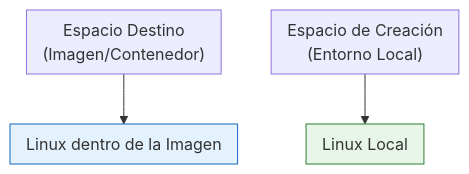
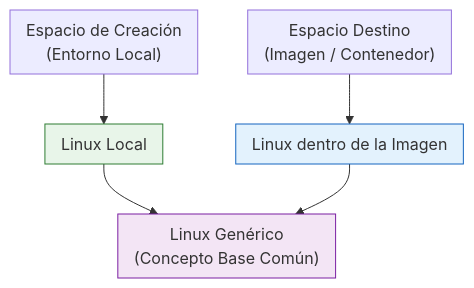
The diagram in Fase01/inicio/componentes/Contenerizar.md (rugi/OTEL_Parte2), drawn with Mermaid before and after one commit. The commit also changed other lines of this file, not shown here.

````diff
--- a/Fase01/inicio/componentes/Contenerizar.md
+++ b/Fase01/inicio/componentes/Contenerizar.md
@@ -26,20 +18,33 @@
 ```mermaid
 flowchart TB
+    %% Bloque inferior genérico
+    subgraph LinuxGenerico["Linux Genérico\n(Concepto Base Común)"]
+    end
+
+    %% Bases específicas
     subgraph BaseLocal["Linux Local"]
     end
 
     subgraph BaseDestino["Linux dentro de la Imagen"]
     end
 
+    %% Espacios
     subgraph Origen["Espacio de Creación\n(Entorno Local)"]
     end
 
-    subgraph Destino["Espacio Destino\n(Imagen/Contenedor)"]
+    subgraph Destino["Espacio Destino\n(Imagen / Contenedor)"]
     end
 
+    %% Relaciones
     Origen --> BaseLocal
     Destino --> BaseDestino
 
+    BaseLocal --> LinuxGenerico
+    BaseDestino --> LinuxGenerico
+
+    %% Estilos opcionales (colors)
+    style LinuxGenerico fill:#f3e5f5,stroke:#7b1fa2
     style BaseLocal fill:#e8f5e9,stroke:#2e7d32
     style BaseDestino fill:#e3f2fd,stroke:#1565c0
+
 ```
````
